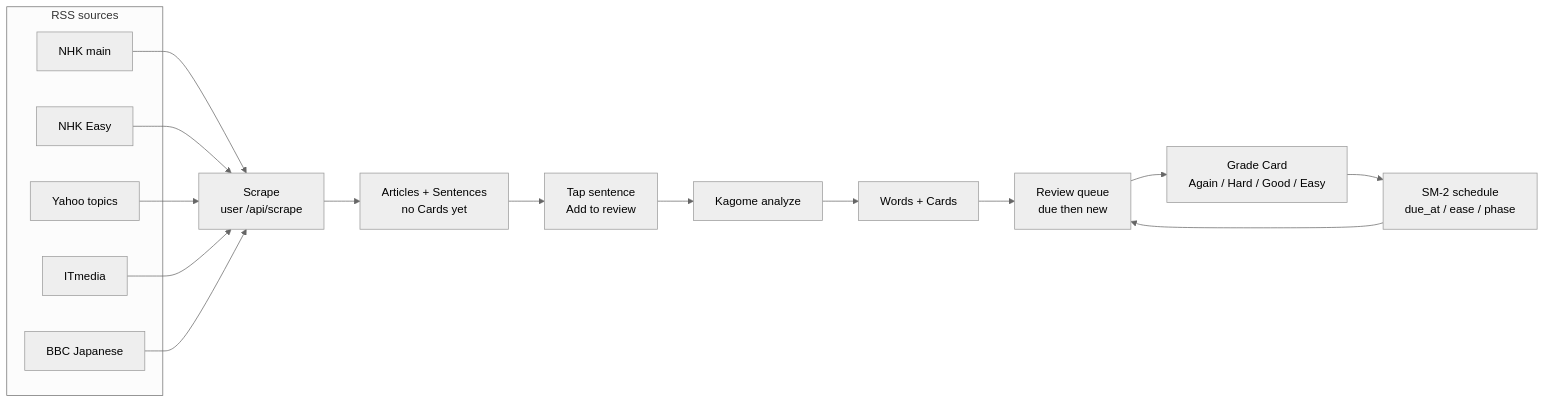
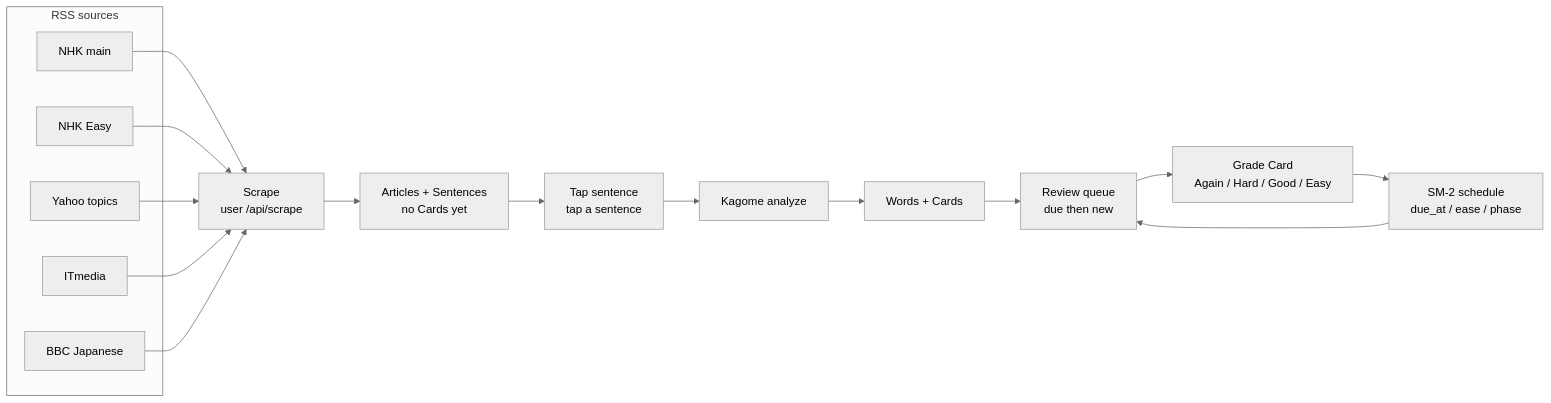
One commit to rikiisworking/jkrt changed the first of 7 diagrams in README.md. Above: the diagram before and after it, drawn with Mermaid (neutral theme). The commit also changed other lines of this file and 37 other files, not shown here.

First line of the commit message:
feat: N2+ extract filter, tap sentences, drop NHK Easy, fix review freeze

````diff
--- a/README.md
+++ b/README.md
@@ -30,27 +30,27 @@
 ```mermaid
 flowchart LR
   subgraph sources [RSS sources]
     M[NHK main]
     E[NHK Easy]
     Y[Yahoo topics]
     I[ITmedia]
     B[BBC Japanese]
   end
 
   S[Scrape<br/>user /api/scrape]
   A[Articles + Sentences<br/>no Cards yet]
-  T[Tap sentence<br/>Add to review]
+  T[Tap sentence<br/>tap a sentence]
   K[Kagome analyze]
   W[Words + Cards]
   Q[Review queue<br/>due then new]
   R[Grade Card<br/>Again / Hard / Good / Easy]
   SM[SM-2 schedule<br/>due_at / ease / phase]
 
   M --> S
   E --> S
   Y --> S
   I --> S
   B --> S
   S --> A --> T --> K --> W --> Q --> R --> SM
   SM --> Q
 ```
````
